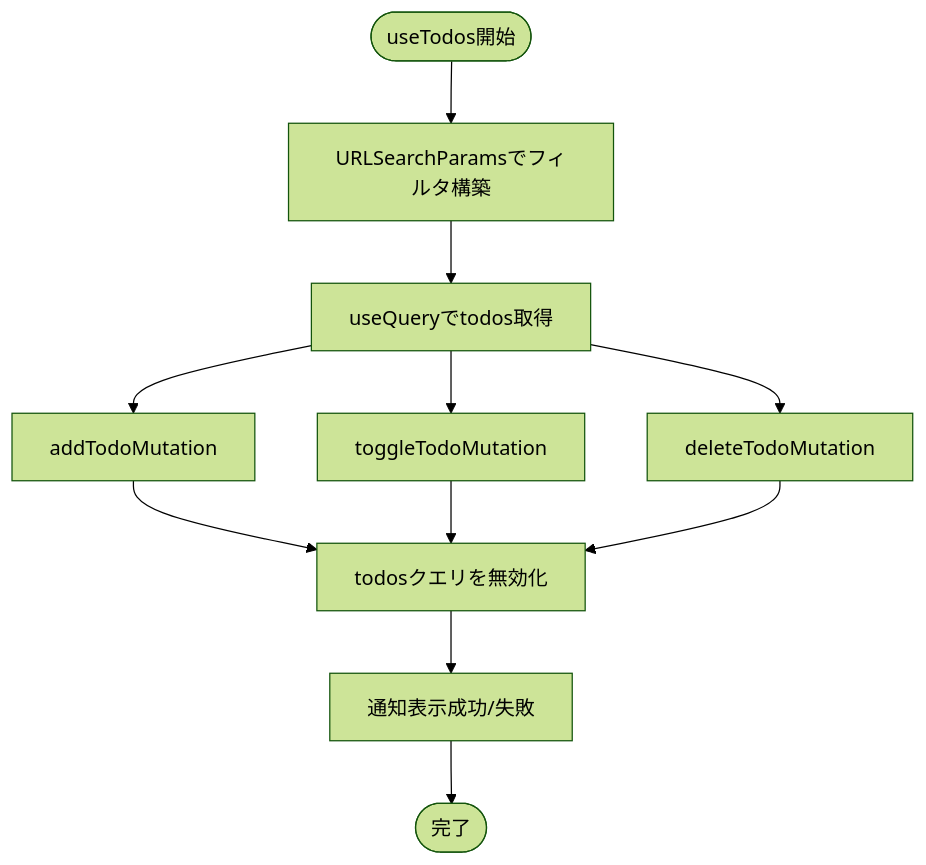
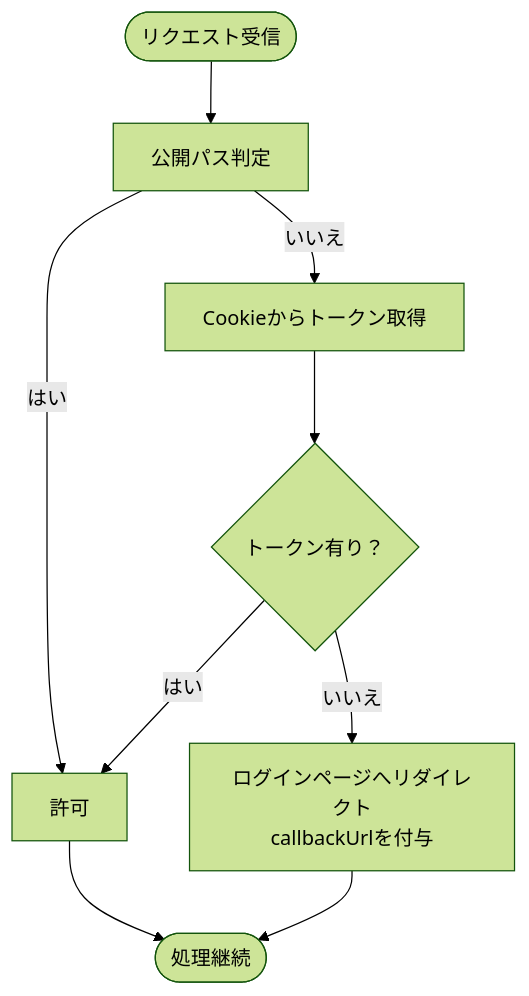
The third of 8 diagrams in .qoder/repowiki/ja/content/フロントエンドアーキテクチャ/フロントエンドアーキテクチャ.md (ss8806/Todos), drawn with Mermaid (forest theme) before and after one commit. The commit also changed other lines of this file and 106 other files, not shown here.

````diff
--- a/.qoder/repowiki/ja/content/フロントエンドアーキテクチャ/フロントエンドアーキテクチャ.md
+++ b/.qoder/repowiki/ja/content/フロントエンドアーキテクチャ/フロントエンドアーキテクチャ.md
@@ -197,13 +177,11 @@
 ```mermaid
 flowchart TD
-Start(["useTodos開始"]) --> BuildQS["URLSearchParamsでフィルタ構築"]
-BuildQS --> Query["useQueryでtodos取得"]
-Query --> Add["addTodoMutation"]
-Query --> Toggle["toggleTodoMutation"]
-Query --> Delete["deleteTodoMutation"]
-Add --> Invalidate["todosクエリを無効化"]
-Toggle --> Invalidate
-Delete --> Invalidate
-Invalidate --> Notify["通知表示成功/失敗"]
-Notify --> End(["完了"])
+Start(["リクエスト受信"]) --> CheckPublic["公開パス判定"]
+CheckPublic --> |はい| Allow["許可"]
+CheckPublic --> |いいえ| CheckToken["Cookieからトークン取得"]
+CheckToken --> HasToken{"トークン有り？"}
+HasToken --> |はい| Allow
+HasToken --> |いいえ| Redirect["ログインページへリダイレクト<br/>callbackUrlを付与"]
+Allow --> End(["処理継続"])
+Redirect --> End
 ```
````
